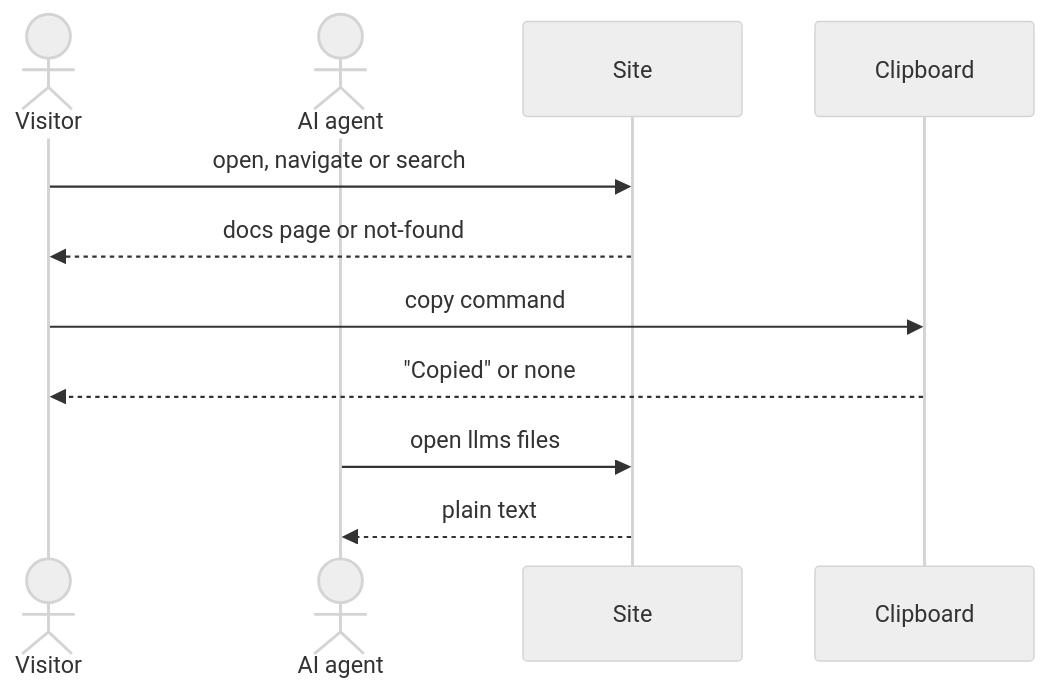
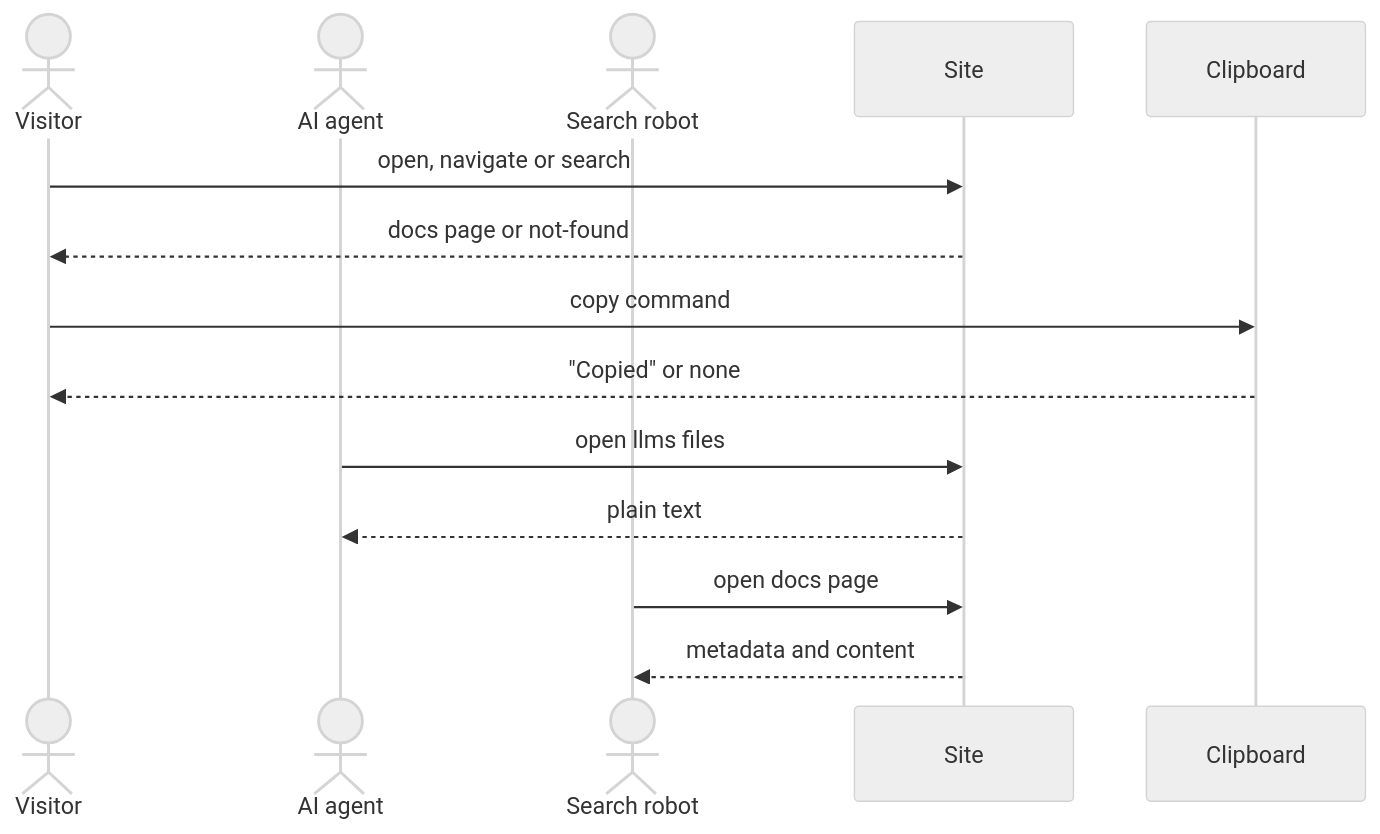
The diagram in docs/blueprint/flows/site/110-documentation/index.md (virajp/bootstrap), drawn with Mermaid (neutral theme) before and after one commit. The commit also changed other lines of this file and 31 other files, not shown here.

````diff
--- a/docs/blueprint/flows/site/110-documentation/index.md
+++ b/docs/blueprint/flows/site/110-documentation/index.md
@@ -87,13 +86,16 @@
 ```mermaid
 sequenceDiagram
     actor V as Visitor
     actor A as AI agent
+    actor R as Search robot
     participant S as Site
     participant C as Clipboard
     V->>S: open, navigate or search
     S-->>V: docs page or not-found
     V->>C: copy command
     C-->>V: "Copied" or none
     A->>S: open llms files
     S-->>A: plain text
+    R->>S: open docs page
+    S-->>R: metadata and content
 ```
````
